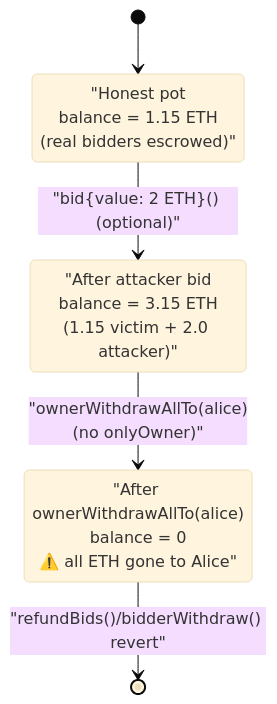
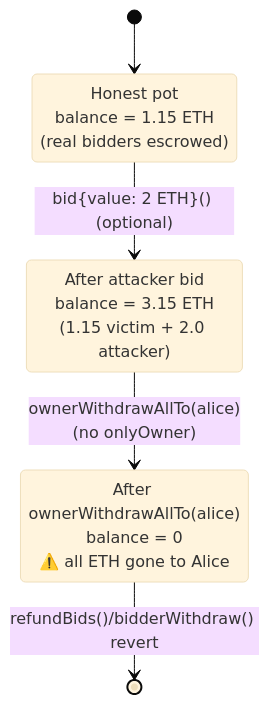
The third of 3 diagrams in 2022-07-FlippazOne_exp/FlippazOne_exp.md (sanbir/evm-hack-registry), drawn with Mermaid (base theme) before and after one commit. The commit also changed 280 other files, not shown here.

Commit message:
mermaid fixes

````diff
--- a/2022-07-FlippazOne_exp/FlippazOne_exp.md
+++ b/2022-07-FlippazOne_exp/FlippazOne_exp.md
@@ -279,11 +279,11 @@
 ```mermaid
 stateDiagram-v2
     [*] --> Honest
-    Honest: "Honest pot<br/>balance = 1.15 ETH<br/>(real bidders escrowed)"
-    Inflated: "After attacker bid<br/>balance = 3.15 ETH<br/>(1.15 victim + 2.0 attacker)"
-    Drained: "After ownerWithdrawAllTo(alice)<br/>balance = 0<br/>⚠️ all ETH gone to Alice"
+    Honest: Honest pot<br/>balance = 1.15 ETH<br/>(real bidders escrowed)
+    Inflated: After attacker bid<br/>balance = 3.15 ETH<br/>(1.15 victim + 2.0 attacker)
+    Drained: After ownerWithdrawAllTo(alice)<br/>balance = 0<br/>⚠️ all ETH gone to Alice
 
-    Honest --> Inflated: "bid{value: 2 ETH}() (optional)"
-    Inflated --> Drained: "ownerWithdrawAllTo(alice)<br/>(no onlyOwner)"
-    Drained --> [*]: "refundBids()/bidderWithdraw() revert"
+    Honest --> Inflated: bid{value#58; 2 ETH}() (optional)
+    Inflated --> Drained: ownerWithdrawAllTo(alice)<br/>(no onlyOwner)
+    Drained --> [*]: refundBids()/bidderWithdraw() revert
 ```
````
